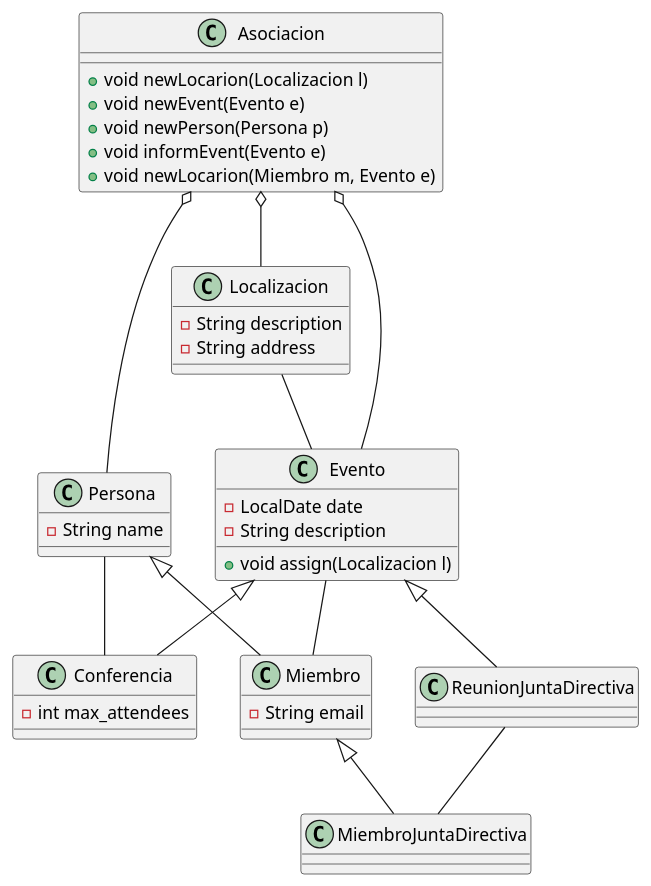
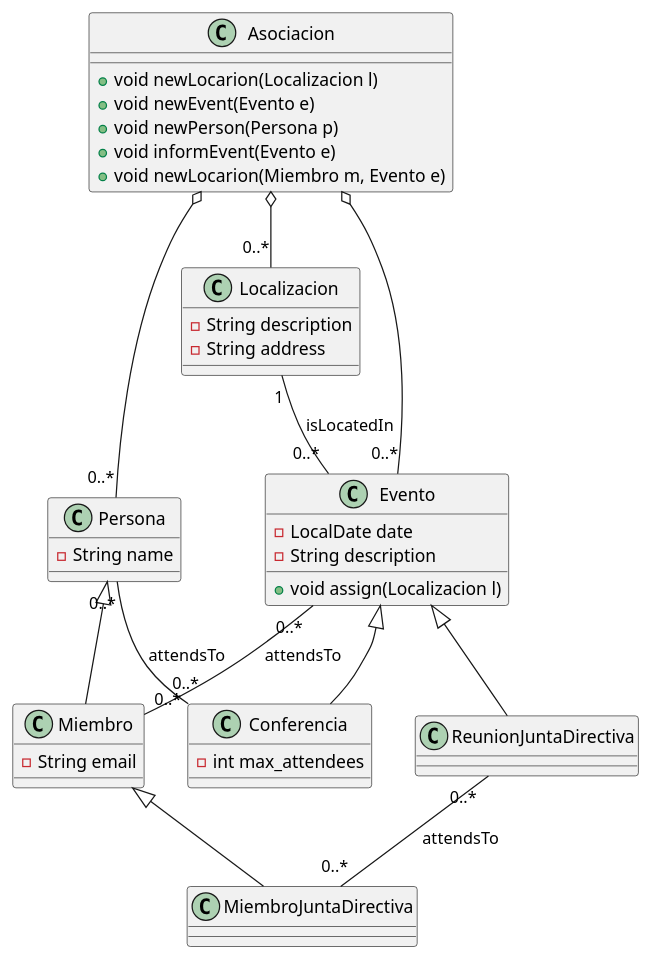
The diagram in src/UML/AsociacionUML.puml (M-pozo/PracticaUML), drawn with PlantUML before and after one commit.

Commit message:
Implementación de cardinalidades y etiquetas (UML)

```diff
--- a/src/UML/AsociacionUML.puml
+++ b/src/UML/AsociacionUML.puml
@@ -1,47 +1,47 @@
 @startuml
 
 class Asociacion {
     + void newLocarion(Localizacion l)
     + void newEvent(Evento e)
     + void newPerson(Persona p)
     + void informEvent(Evento e)
     + void newLocarion(Miembro m, Evento e)
 }
 class Conferencia {
     - int max_attendees
 }
 class Evento {
     - LocalDate date
     - String description
     + void assign(Localizacion l)
 }
 class Localizacion {
     - String description
     - String address
 }
 class Miembro {
     - String email
 }
 class MiembroJuntaDirectiva {
 
 }
 class Persona {
     - String name
 }
 class ReunionJuntaDirectiva {
 
 }
 
-Asociacion o-- Persona
+Asociacion o-- "0..*" Persona
 Persona <|-- Miembro
-Persona -- Conferencia
+Persona "0..*" -- "0..*" Conferencia : attendsTo
 Miembro <|-- MiembroJuntaDirectiva
-Asociacion o-- Localizacion
-Localizacion -- Evento
-Asociacion o-- Evento
+Asociacion o-- "0..*" Localizacion
+Localizacion "1" -- "0..*" Evento : isLocatedIn
+Asociacion o-- "0..*" Evento
 Evento <|-- Conferencia
 Evento <|-- ReunionJuntaDirectiva
-ReunionJuntaDirectiva -- MiembroJuntaDirectiva
-Evento -- Miembro
+ReunionJuntaDirectiva "0..*" -- "0..*" MiembroJuntaDirectiva : attendsTo
+Evento "0..*" -- "0..*" Miembro : attendsTo
 
 @enduml
```
